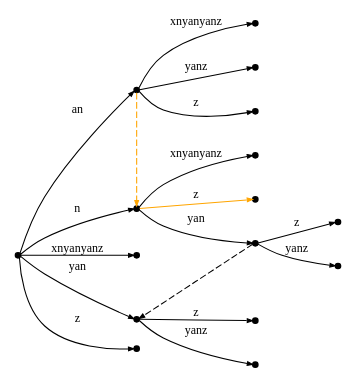
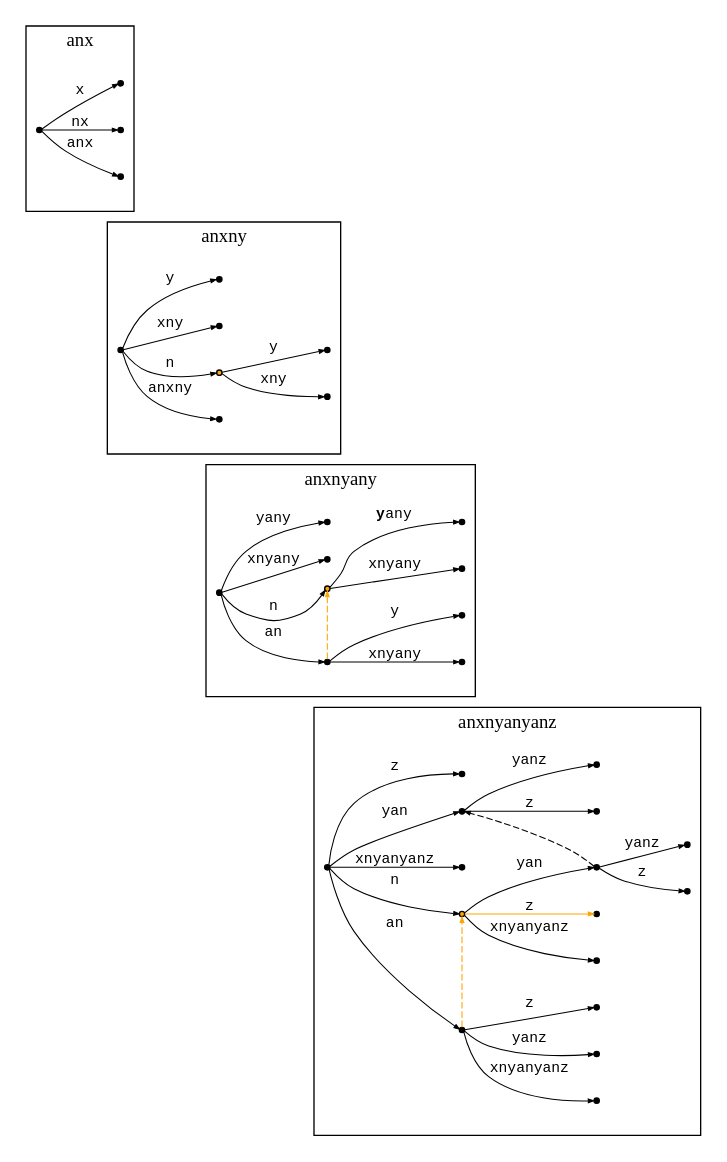
One commit to ANtlord/system_ladder changed the diagram in assets/utils/string/post_suffix_linking.dot. Above: the diagram before and after it, drawn with Graphviz. The commit also changed 3 other files, not shown here.

```diff
--- a/assets/utils/string/post_suffix_linking.dot
+++ b/assets/utils/string/post_suffix_linking.dot
@@ -1,28 +1,79 @@
 digraph {
-	rankdir="LR";  // horizontal layout
+    rankdir="LR";  // horizontal layout
     node [label="" size="0.001" shape="circle" height="0.05" fillcolor="black" style="filled"]
-    edge [fontsize="9" arrowsize="0.4" len="1.0" penwidth="0.8"]
+    edge [fontsize="11" fontname="monospace" arrowsize="0.4" len="1.0" penwidth="0.8"]
 
-    r -> ra [label="an"]
-    ra -> rax [label="xnyanyanz"]
-    ra -> ray [label="yanz"]
-    ra -> raz [label="z"]
+    subgraph cluster_0 {
+        label = "anx"
+        0
 
-    r -> rn [label="n"]
-    rn -> rnx [label="xnyanyanz"]
-    rn -> rnz [label="z", color="orange"] // can be missed
-    rn -> rny [label="yan"]
-    rny -> rnyz [label="z"]
-    rny -> rnyy [label="yanz"]
+        r0 -> r0a [label="anx"]
+        r0 -> r0n [label="nx"]
+        r0 -> r0x [label="x"]
+    }
 
-    r -> rx [label="xnyanyanz"]
+    subgraph cluster_1 {
+        label = "anxny"
+        1
 
-    r -> ry [label="yan"]
-    ry -> ryz [label="z"]
-    ry -> ryy [label="yanz"]
+        r1 -> r1a [label="anxny"]
+        r1 -> r1n [label="n"]
+        r1n -> r1nx [label="xny"]
+        r1n -> r1ny [label="y"]
+        r1 -> r1x [label="xny"]
+        r1 -> r1y [label="y"]
 
-    r -> rz [label="z"]
+        r1n [fillcolor="orange"]
+    }
 
-    rny -> ry [style="dashed" constraint=false]
-    ra -> rn [style="dashed" constraint=false, color="orange"]
+    subgraph cluster_2 {
+        label = "anxnyany"
+        2
+
+        r2 -> r2a [label="an"]
+        r2a -> r2ax [label="xnyany"]
+        r2a -> r2ay [label="y"]
+
+        r2 -> r2n [label="n"]
+        r2n -> r2nx [label="xnyany"]
+        r2n -> r2ny [label=<<b>y</b>any>]
+
+        r2 -> r2x [label="xnyany"]
+        r2 -> r2y [label="yany"]
+
+        r2n [fillcolor="orange"]
+        r2a -> r2n [style="dashed" constraint=false, color="orange"]
+    }
+
+    subgraph cluster_3 {
+        label = "anxnyanyanz"
+        3
+
+        r3 -> r3a [label="an"]
+        r3a -> r3ax [label="xnyanyanz"]
+        r3a -> r3ay [label="yanz"]
+        r3a -> r3az [label="z"]
+
+        r3 -> r3n [label="n"]
+        r3n -> r3nx [label="xnyanyanz"]
+        r3n -> r3nz [label="z", color="orange"] // can be missed
+        r3n -> r3ny [label="yan"]
+        r3ny -> r3nyz [label="z"]
+        r3ny -> r3nyy [label="yanz"]
+
+        r3 -> r3x [label="xnyanyanz"]
+
+        r3 -> r3y [label="yan"]
+        r3y -> r3yz [label="z"]
+        r3y -> r3yy [label="yanz"]
+
+        r3 -> r3z [label="z"]
+
+        r3n [fillcolor="orange"]
+        r3ny -> r3y [style="dashed" constraint=false]
+        r3a -> r3n [style="dashed" constraint=false, color="orange"]
+    }
+
+    0 -> 1 -> 2 -> 3 [style="invis"]
+    0, 1, 2, 3 [style="invis"]
 }
```
